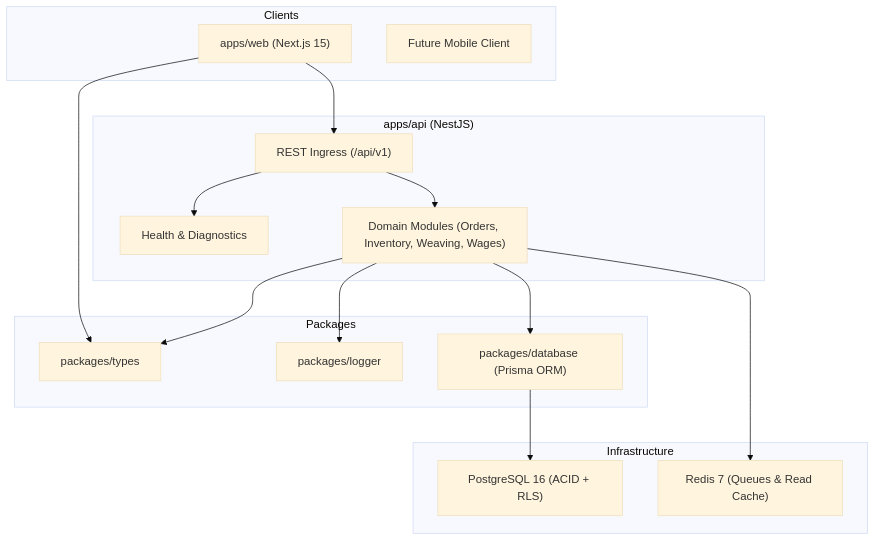
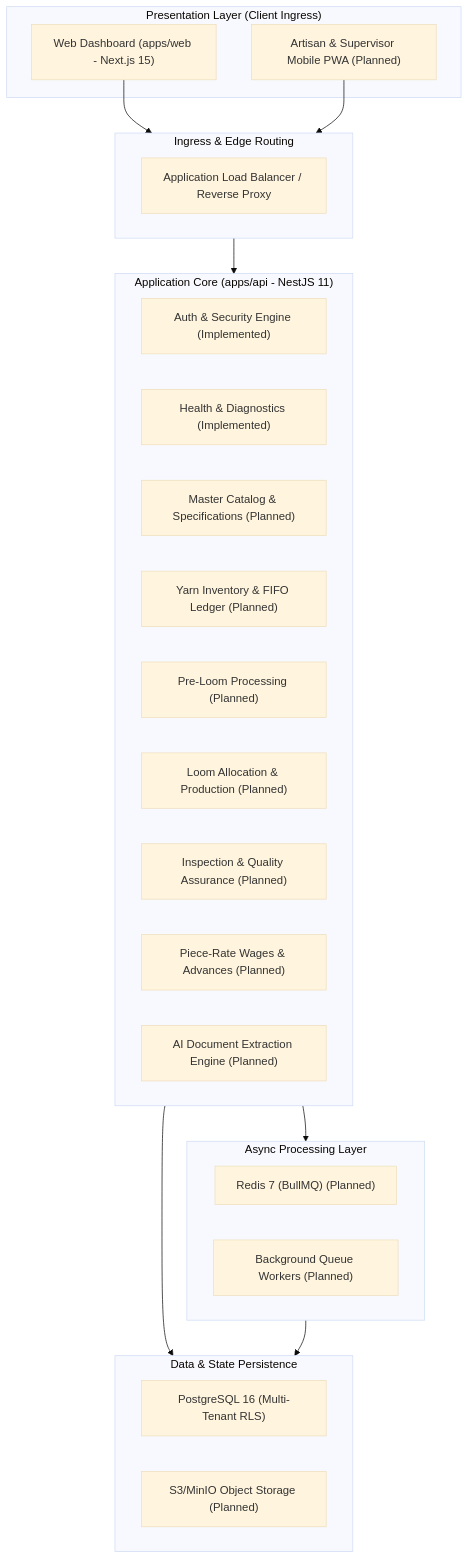
Before and after one commit to Vendhan1512/Handloom: the diagram in docs/ARCHITECTURE.md, drawn with Mermaid (base theme). The commit also changed other lines of this file and 9 other files, not shown here.

````diff
--- a/docs/ARCHITECTURE.md
+++ b/docs/ARCHITECTURE.md
@@ -13,34 +17,40 @@
 ```mermaid
-graph TD
-    subgraph Clients
-        Web["apps/web (Next.js 15)"]
-        Mobile["Future Mobile Client"]
+flowchart TD
+    subgraph Clients["Presentation Layer (Client Ingress)"]
+        WebPortal["Web Dashboard (apps/web - Next.js 15)"]
+        MobilePWA["Artisan & Supervisor Mobile PWA (Planned)"]
     end
 
-    subgraph API["apps/api (NestJS)"]
-        Gateway["REST Ingress (/api/v1)"]
-        HealthModule["Health & Diagnostics"]
-        FutureModules["Domain Modules (Orders, Inventory, Weaving, Wages)"]
+    subgraph Ingress["Ingress & Edge Routing"]
+        LoadBalancer["Application Load Balancer / Reverse Proxy"]
     end
 
-    subgraph Packages
-        SharedTypes["packages/types"]
-        SharedLogger["packages/logger"]
-        SharedDatabase["packages/database (Prisma ORM)"]
+    subgraph BackendAPI["Application Core (apps/api - NestJS 11)"]
+        AuthModule["Auth & Security Engine (Implemented)"]
+        HealthModule["Health & Diagnostics (Implemented)"]
+        CatalogModule["Master Catalog & Specifications (Planned)"]
+        InventoryModule["Yarn Inventory & FIFO Ledger (Planned)"]
+        PreLoomModule["Pre-Loom Processing (Planned)"]
+        ProductionModule["Loom Allocation & Production (Planned)"]
+        QualityModule["Inspection & Quality Assurance (Planned)"]
+        WagesModule["Piece-Rate Wages & Advances (Planned)"]
+        AIModule["AI Document Extraction Engine (Planned)"]
     end
 
-    subgraph Infrastructure
-        Postgres["PostgreSQL 16 (ACID + RLS)"]
-        Redis["Redis 7 (Queues & Read Cache)"]
+    subgraph AsyncProcessing["Async Processing Layer"]
+        RedisQueue["Redis 7 (BullMQ) (Planned)"]
+        WorkerPool["Background Queue Workers (Planned)"]
     end
 
-    Web --> SharedTypes
-    Web --> Gateway
-    Gateway --> HealthModule
-    Gateway --> FutureModules
-    FutureModules --> SharedTypes
-    FutureModules --> SharedLogger
-    FutureModules --> SharedDatabase
-    SharedDatabase --> Postgres
-    FutureModules --> Redis
+    subgraph DataStorage["Data & State Persistence"]
+        PgPrimary["PostgreSQL 16 (Multi-Tenant RLS)"]
+        S3Storage["S3/MinIO Object Storage (Planned)"]
+    end
+
+    WebPortal --> Ingress
+    MobilePWA --> Ingress
+    Ingress --> BackendAPI
+    BackendAPI --> DataStorage
+    BackendAPI --> AsyncProcessing
+    AsyncProcessing --> DataStorage
 ```
````
